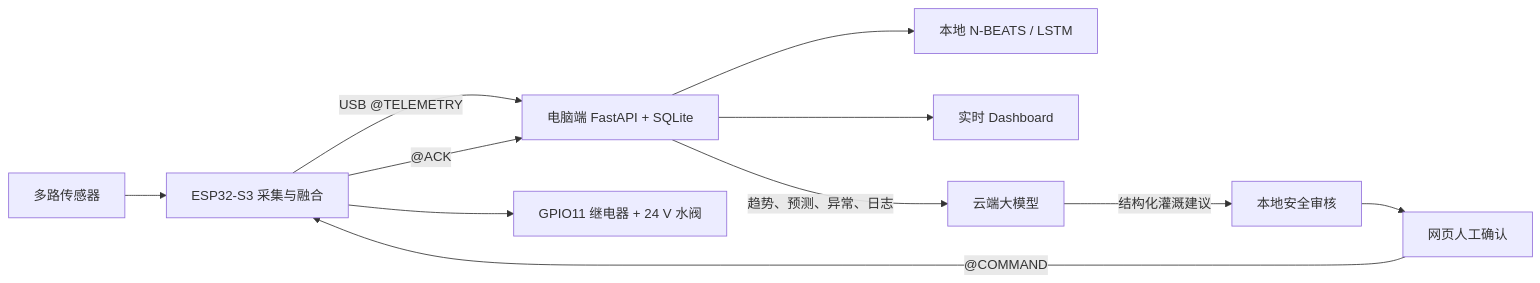
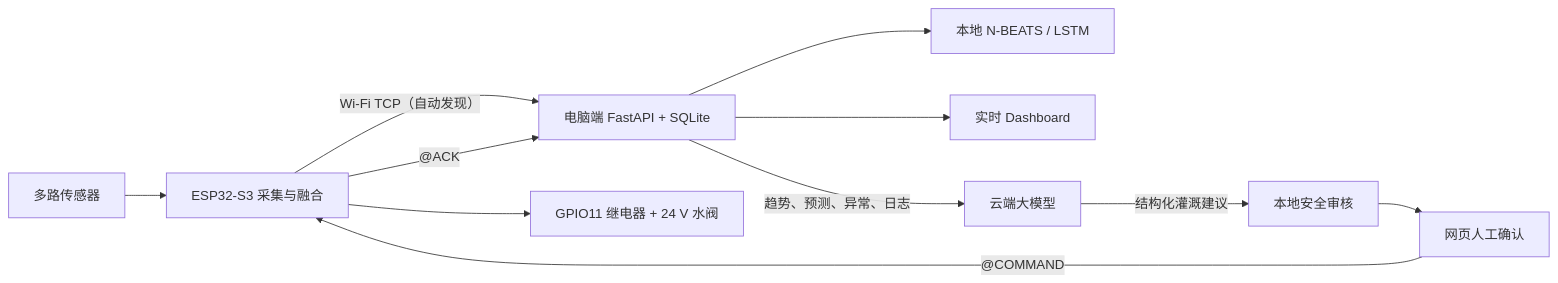
One commit to Shun-Zhan/AIoT--ModelPredition changed the diagram in README.md. Above: the diagram before and after it, drawn with Mermaid. The commit also changed other lines of this file and 13 other files, not shown here.

````diff
--- a/README.md
+++ b/README.md
@@ -20,13 +20,13 @@
 ```mermaid
 flowchart LR
   S["多路传感器"] --> E["ESP32-S3 采集与融合"]
-  E -- "USB @TELEMETRY" --> P["电脑端 FastAPI + SQLite"]
+  E -- "Wi-Fi TCP（自动发现）" --> P["电脑端 FastAPI + SQLite"]
   P --> M["本地 N-BEATS / LSTM"]
   P --> D["实时 Dashboard"]
   P -- "趋势、预测、异常、日志" --> C["云端大模型"]
   C -- "结构化灌溉建议" --> G["本地安全审核"]
   G --> H["网页人工确认"]
   H -- "@COMMAND" --> E
   E -- "@ACK" --> P
   E --> R["GPIO11 继电器 + 24 V 水阀"]
 ```
````
